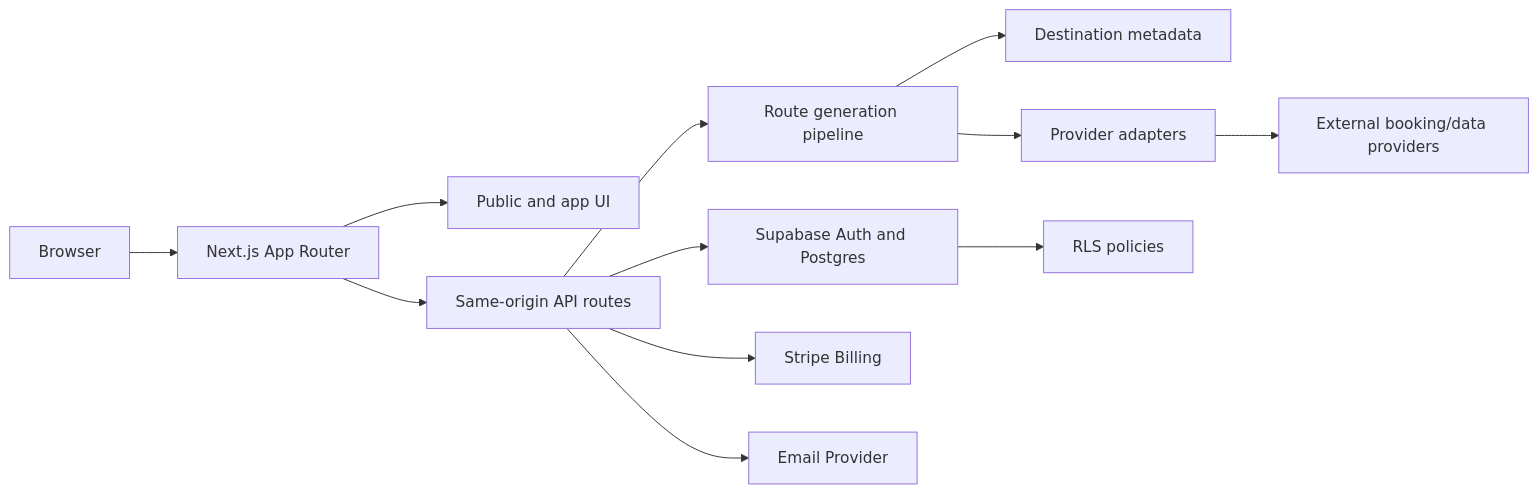
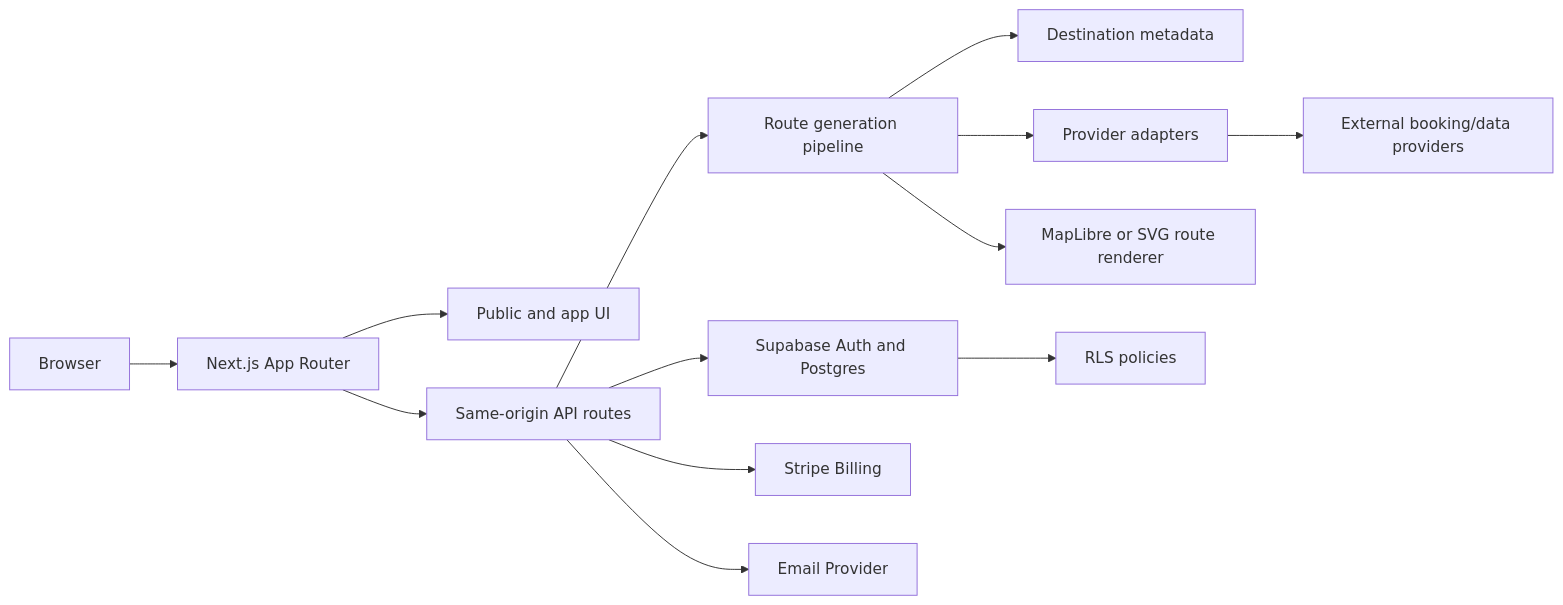
Before and after one commit to TheMarcellVarga/ai-travel-planner: the second of 2 diagrams in docs/ARCHITECTURE.md, drawn with Mermaid. The commit also changed other lines of this file and 40 other files, not shown here.

````diff
--- a/docs/ARCHITECTURE.md
+++ b/docs/ARCHITECTURE.md
@@ -75,14 +78,15 @@
 ```mermaid
 flowchart LR
   Browser["Browser"] --> Next["Next.js App Router"]
   Next --> UI["Public and app UI"]
   Next --> API["Same-origin API routes"]
   API --> Planner["Route generation pipeline"]
   API --> Supabase["Supabase Auth and Postgres"]
   API --> Stripe["Stripe Billing"]
   API --> Email["Email Provider"]
   Planner --> DestinationData["Destination metadata"]
   Planner --> ProviderAdapters["Provider adapters"]
   ProviderAdapters --> External["External booking/data providers"]
+  Planner --> Map["MapLibre or SVG route renderer"]
   Supabase --> RLS["RLS policies"]
 ```
````
